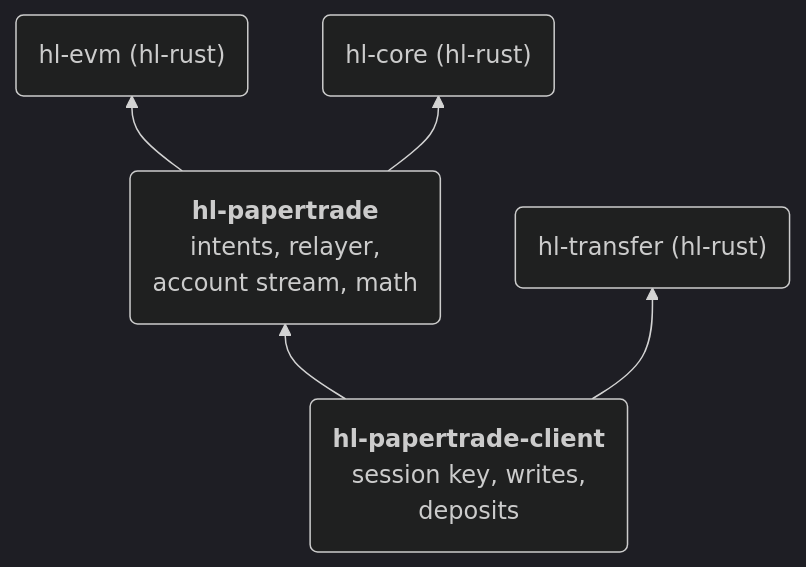
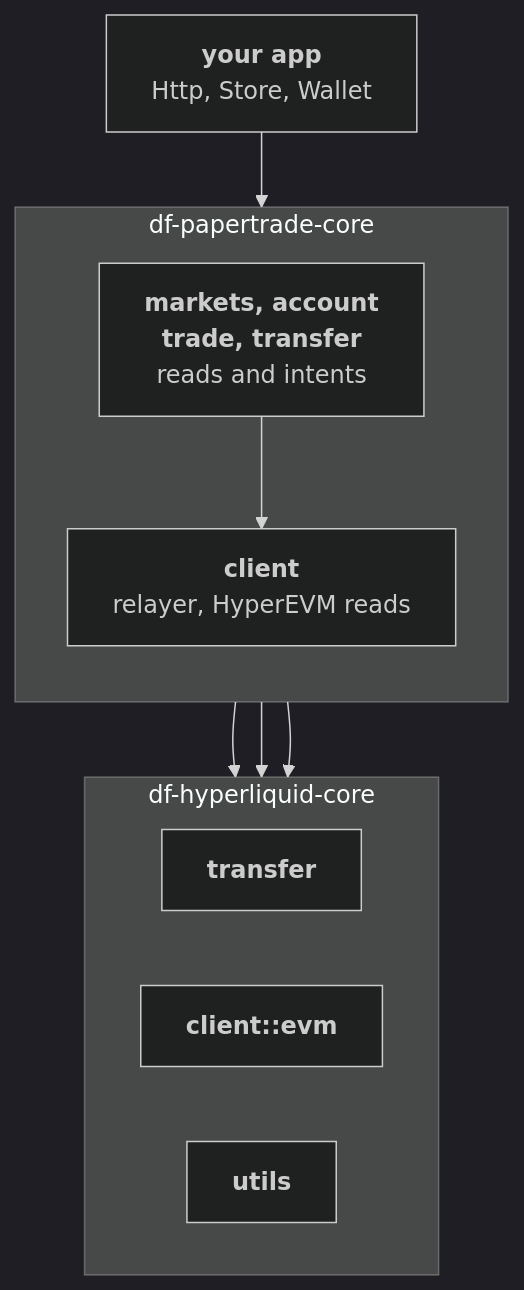
The diagram in README.md (dennisfurrer/df-papertrade-core), drawn with Mermaid (dark theme) before and after one commit. The commit also changed other lines of this file and 107 other files, not shown here.

Commit message:
feat: papertrade on hyperliquid core

````diff
--- a/README.md
+++ b/README.md
@@ -5,7 +27,23 @@
 ```mermaid
-flowchart BT
-  PAPER("<b>hl-papertrade</b><br/>intents, relayer,<br/>account stream, math") --> EVM("hl-evm (hl-rust)")
-  PAPER --> CORE("hl-core (hl-rust)")
-  CLIENT("<b>hl-papertrade-client</b><br/>session key, writes,<br/>deposits") --> PAPER
-  CLIENT --> TRANSFER("hl-transfer (hl-rust)")
+flowchart TB
+    app["<b>your app</b><br/>Http, Store, Wallet"]
+
+    subgraph sdk ["df-papertrade-core"]
+        direction TB
+        domains["<b>markets, account</b><br/><b>trade, transfer</b><br/>reads and intents"]
+        client["<b>client</b><br/>relayer, HyperEVM reads"]
+    end
+
+    subgraph hl ["df-hyperliquid-core"]
+        direction LR
+        transfer["<b>transfer</b>"]
+        evm["<b>client::evm</b>"]
+        utils["<b>utils</b>"]
+    end
+
+    app --> domains
+    domains --> client
+    domains --> transfer
+    client --> evm
+    domains --> utils
 ```
````
